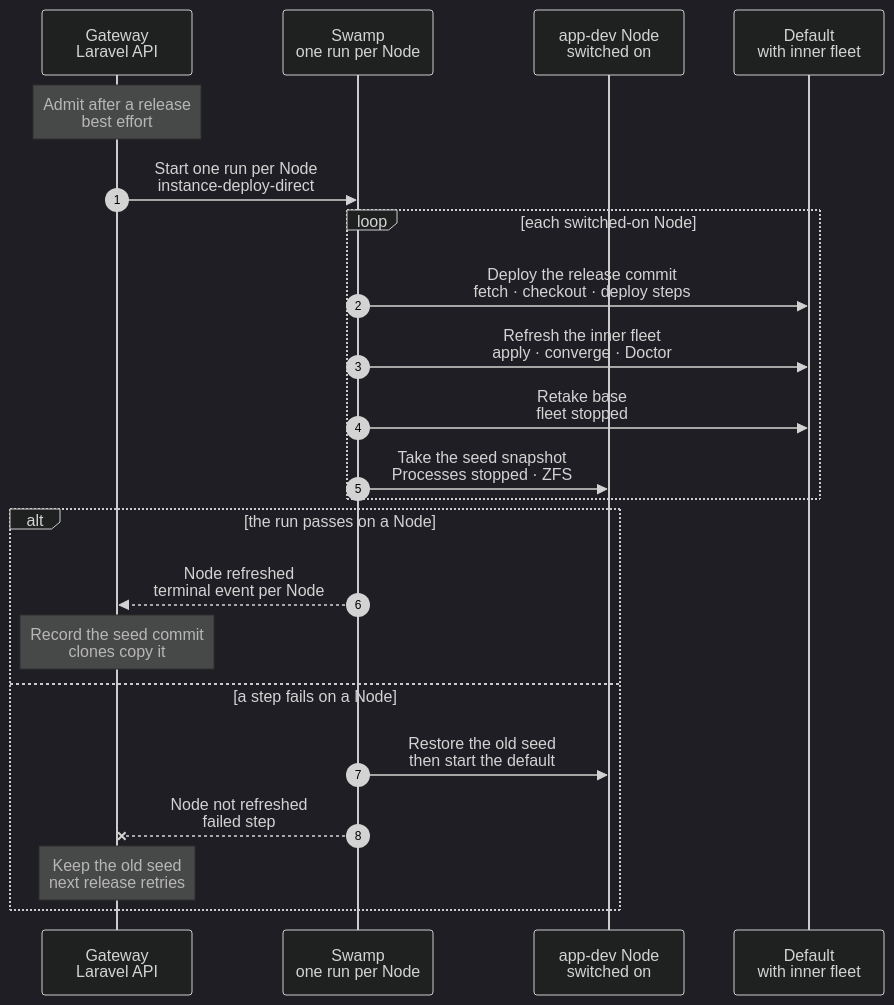
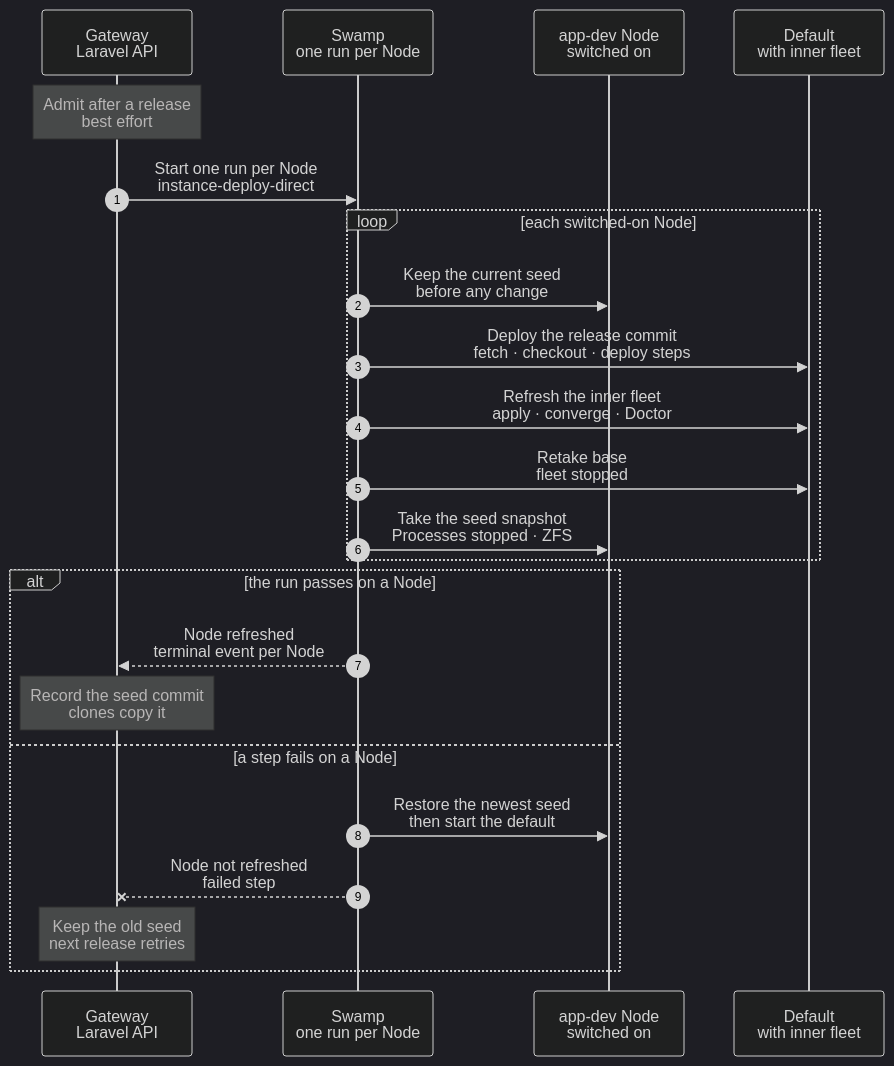
One commit to hardimpactdev/orbit changed the diagram in docs/reference/pipeline/6-task-image-seed-refresh.mmd. Above: the diagram before and after it, drawn with Mermaid (dark theme). The commit also changed 18 other files, not shown here.

First line of the commit message:
fix(instances): a refresh keeps the current seed first and is off until an operator turns it on

```diff
--- a/docs/reference/pipeline/6-task-image-seed-refresh.mmd
+++ b/docs/reference/pipeline/6-task-image-seed-refresh.mmd
@@ -1,49 +1,52 @@
 sequenceDiagram
   %% Target design: stage 6 of the command development pipeline. Each Node with the nested-fleet switch keeps the nested-fleet Project's default Instance, an Incus container that holds the inner fleet. After each Gateway release, Orbit deploys that default to the release commit, refreshes its fleet and takes the seed snapshot that a task or a new Instance of the Project clones. There is no VM, no image publish and no daily run. The per-Node run: docs/cli/instance/container/fleet-refresh.mmd. Until the last proof runs in containers, the task VM refresh (docs/cli/task/vm-image-refresh.mmd) still runs; see docs/reference/old-paths.md.
   %% status: draft
   %% command: development pipeline stage 6 · per-Node seed refresh
   %% kind: pipeline.6-task-image-seed-refresh
   autonumber
   %% lane GW icon=gateway pill=intent tone=blue
   %% lane SW icon=workflow pill=executes tone=green
   %% lane N icon=server pill=each Node tone=amber
   %% lane C icon=server pill=default tone=purple
   participant GW as Gateway<br/>Laravel API
   participant SW as Swamp<br/>one run per Node
   participant N as app-dev Node<br/>switched on
   participant C as Default<br/>with inner fleet
   Note over GW: Admit after a release<br/>best effort
   %%> Triggers:
   %%> - every verified Gateway release, from its admission step after Horizon starts; the release does not wait
   %%> When:
   %%> - a default with a clone copy in flight refuses with `instance.clone_in_flight`; the next release tries again
   %%> - a default with a deployment open refuses by its Instance lock; nothing queues behind it
   GW->>SW: Start one run per Node<br/>instance-deploy-direct
   %%> Why:
   %%> - each Node keeps its own seed; nothing is copied between Nodes
   loop each switched-on Node
+    SW->>N: Keep the current seed<br/>before any change
+    %%> Why:
+    %%> - a failure then restores a seed that holds the fleet
     SW->>C: Deploy the release commit<br/>fetch · checkout · deploy steps
     %%> What it does:
     %%> - the same steps as every container default deployment
     SW->>C: Refresh the inner fleet<br/>apply · converge · Doctor
     %%> What it does:
     %%> - starts the fleet, migrates the nested Gateway, converges the three nested Nodes, waits for Doctor
     SW->>C: Retake base<br/>fleet stopped
     %%> Why:
     %%> - a restore reverts device and config keys, so `base` holds every fleet rule
     SW->>N: Take the seed snapshot<br/>Processes stopped · ZFS
     %%> What it does:
     %%> - refuses when the Club key is a file on the default's disk; the key lives outside it
   end
   alt the run passes on a Node
     SW-->>GW: Node refreshed<br/>terminal event per Node
     Note over GW: Record the seed commit<br/>clones copy it
     %%> Result:
     %%> - one slow Node does not hold the others; existing clones keep their fleet
   else a step fails on a Node
-    SW->>N: Restore the old seed<br/>then start the default
+    SW->>N: Restore the newest seed<br/>then start the default
     SW--xGW: Node not refreshed<br/>failed step
     Note over GW: Keep the old seed<br/>next release retries
     %%> Result:
     %%> - clones keep copying the old seed; the Operation names the failed step
   end
```
